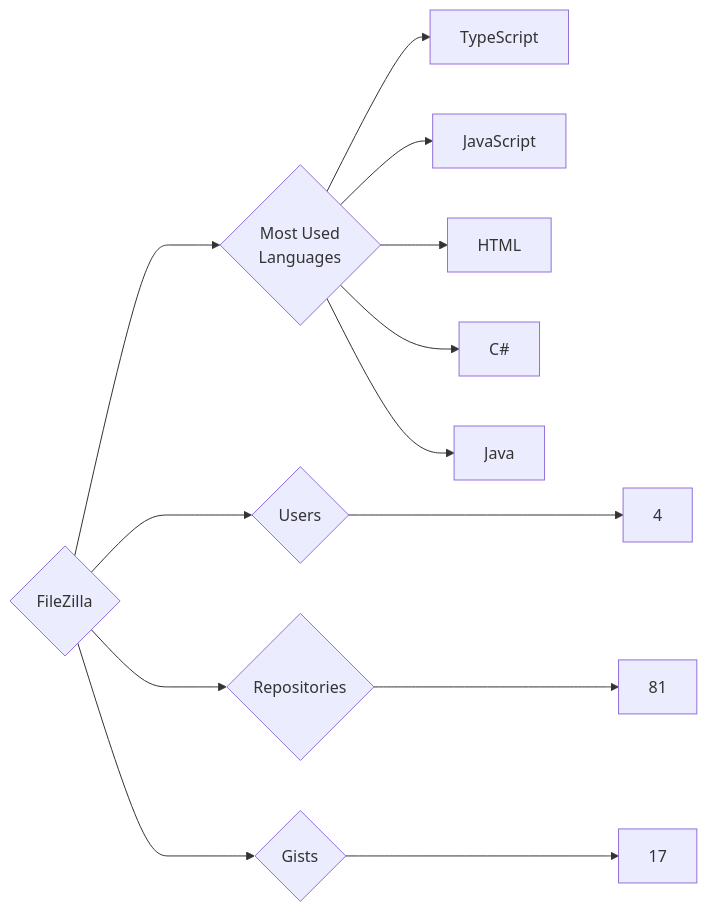
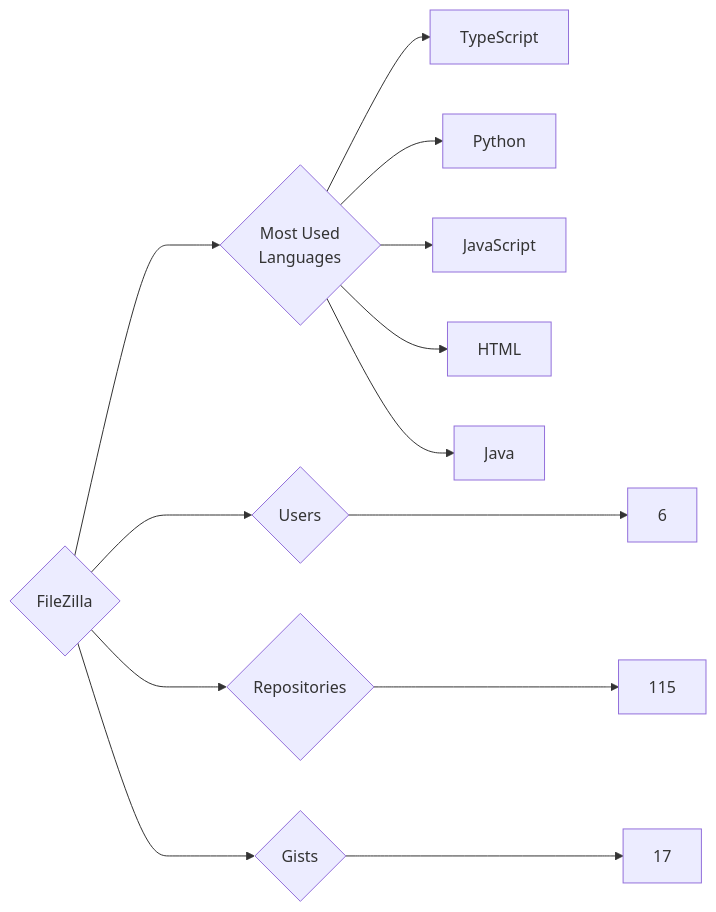
One commit to trickest/insiders changed the diagram in targets/FileZilla/README.md. Above: the diagram before and after it, drawn with Mermaid. The commit also changed 859 other files, not shown here.

````diff
--- a/targets/FileZilla/README.md
+++ b/targets/FileZilla/README.md
@@ -3,13 +3,13 @@
 ```mermaid
 graph LR
 COMPANY_NAME{FileZilla}
-COMPANY_NAME ---> U{Users} ---> UN[4]
-COMPANY_NAME ---> R{Repositories} ---> RN[81]
+COMPANY_NAME ---> U{Users} ---> UN[6]
+COMPANY_NAME ---> R{Repositories} ---> RN[115]
 COMPANY_NAME ---> G{Gists} ---> GN[17]
 COMPANY_NAME ---> ML{Most Used<br>Languages}
 ML --> TypeScript[TypeScript]
+ML --> Python[Python]
 ML --> JavaScript[JavaScript]
 ML --> HTML[HTML]
-ML --> C#[C#]
 ML --> Java[Java]
 ```
````
